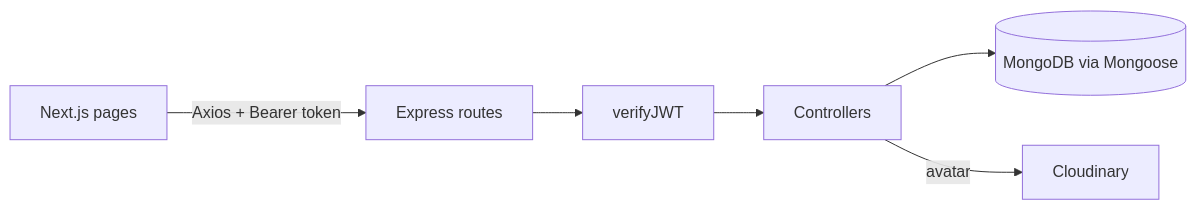
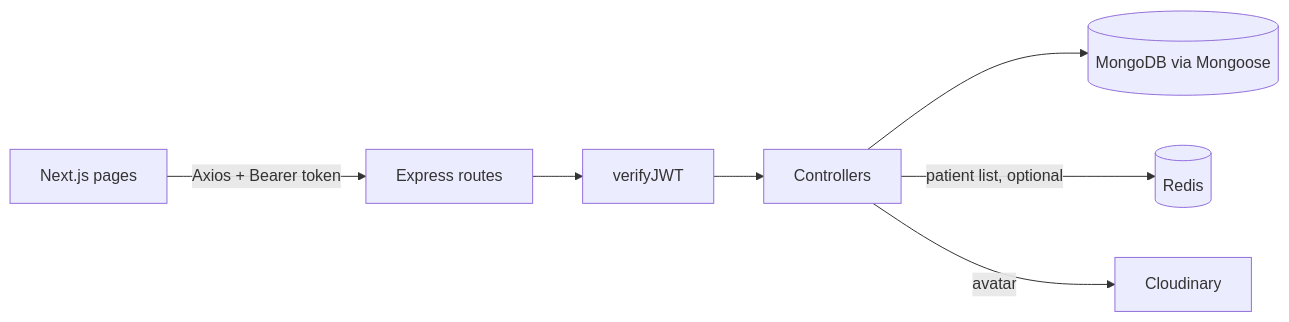
The diagram in README.md (jayy-codes07/homeopathy), drawn with Mermaid before and after one commit. The commit also changed other lines of this file, not shown here.

Commit message:
docs: README for redis cache, docker compose, redux and upstash

````diff
--- a/README.md
+++ b/README.md
@@ -49,8 +51,9 @@
 ```mermaid
 flowchart LR
   UI[Next.js pages] -->|Axios + Bearer token| API[Express routes]
   API --> JWT[verifyJWT]
   JWT --> C[Controllers]
   C --> M[(MongoDB via Mongoose)]
+  C -->|patient list, optional| R[(Redis)]
   C -->|avatar| CL[Cloudinary]
 ```
````
